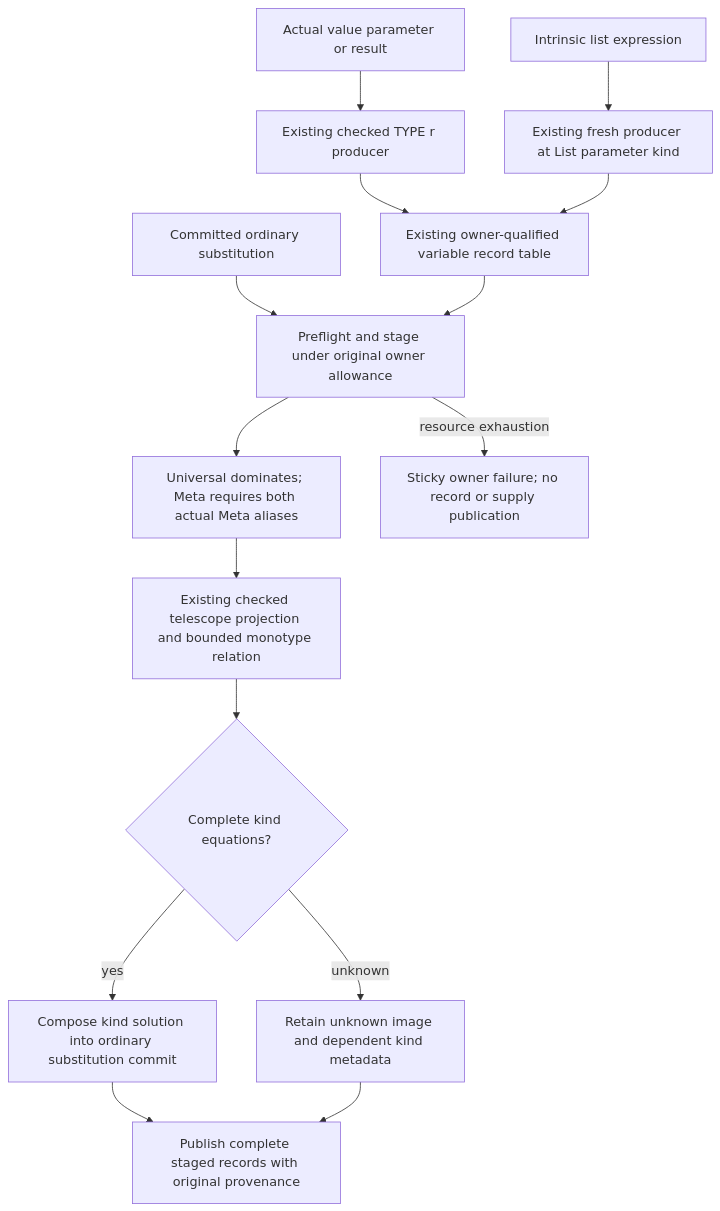
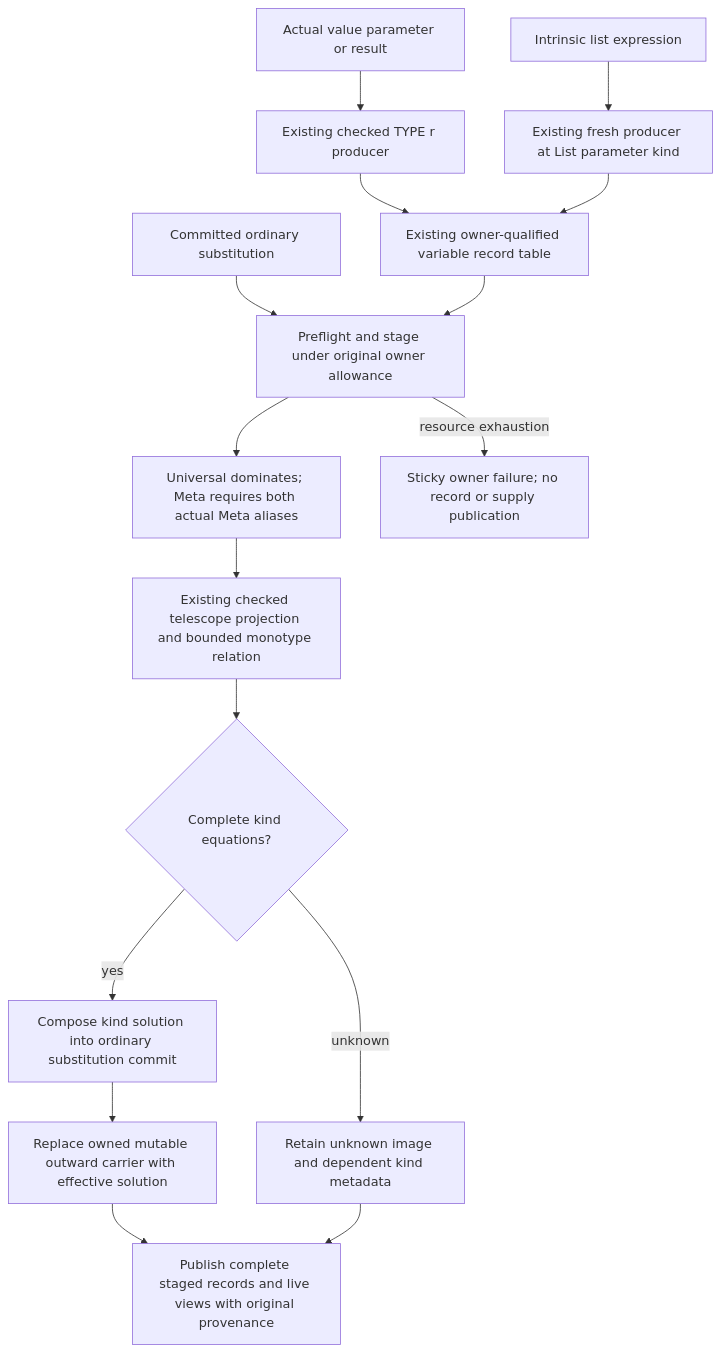
The first of 2 diagrams in spec-chirho/workflows-chirho/type-identity-chirho/committed-meta-kinds-chirho.md (loveJesus/haskelujah-chirho), drawn with Mermaid before and after one commit. The commit also changed other lines of this file and 43 other files, not shown here.

First line of the commit message:
Propagate the effective checked substitution through owned callers Chirho

````diff
--- a/spec-chirho/workflows-chirho/type-identity-chirho/committed-meta-kinds-chirho.md
+++ b/spec-chirho/workflows-chirho/type-identity-chirho/committed-meta-kinds-chirho.md
@@ -7,17 +7,18 @@
 ```mermaid
 flowchart TD
     ValueChirho[Actual value parameter or result] --> FreshChirho[Existing checked TYPE r producer]
     ListChirho[Intrinsic list expression] --> ElementChirho[Existing fresh producer at List parameter kind]
     FreshChirho --> RecordChirho[Existing owner-qualified variable record table]
     ElementChirho --> RecordChirho
     CommitChirho[Committed ordinary substitution] --> StageChirho[Preflight and stage under original owner allowance]
     RecordChirho --> StageChirho
     StageChirho --> AliasChirho[Universal dominates; Meta requires both actual Meta aliases]
     AliasChirho --> KindChirho[Existing checked telescope projection and bounded monotype relation]
     KindChirho --> ClosedChirho{Complete kind equations?}
     ClosedChirho -->|yes| ComposeChirho[Compose kind solution into ordinary substitution commit]
     ClosedChirho -->|unknown| UnknownChirho[Retain unknown image and dependent kind metadata]
-    ComposeChirho --> PublishChirho[Publish complete staged records with original provenance]
+    ComposeChirho --> EffectiveChirho[Replace owned mutable outward carrier with effective solution]
+    EffectiveChirho --> PublishChirho[Publish complete staged records and live views with original provenance]
     UnknownChirho --> PublishChirho
     StageChirho -->|resource exhaustion| StopChirho[Sticky owner failure; no record or supply publication]
 ```
````
